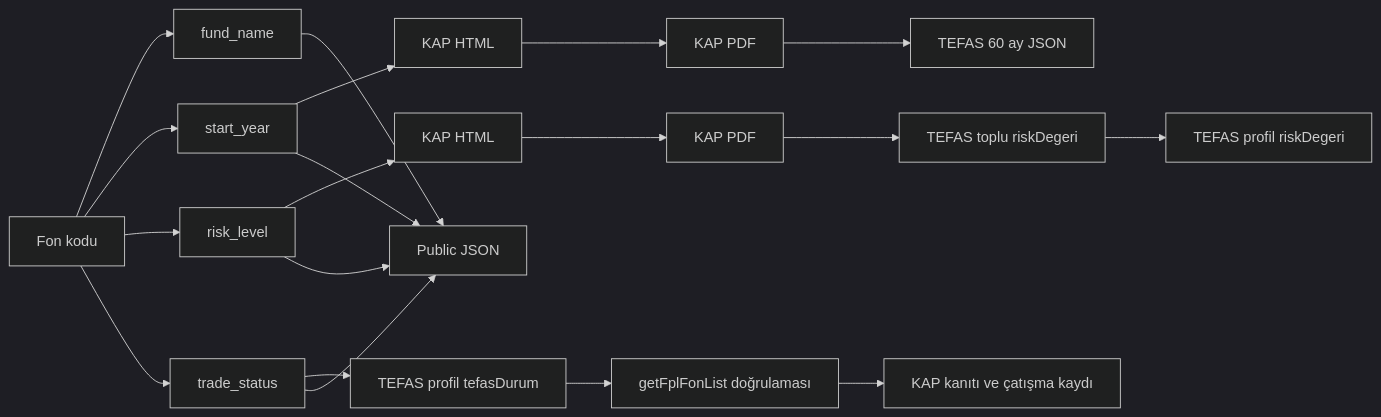
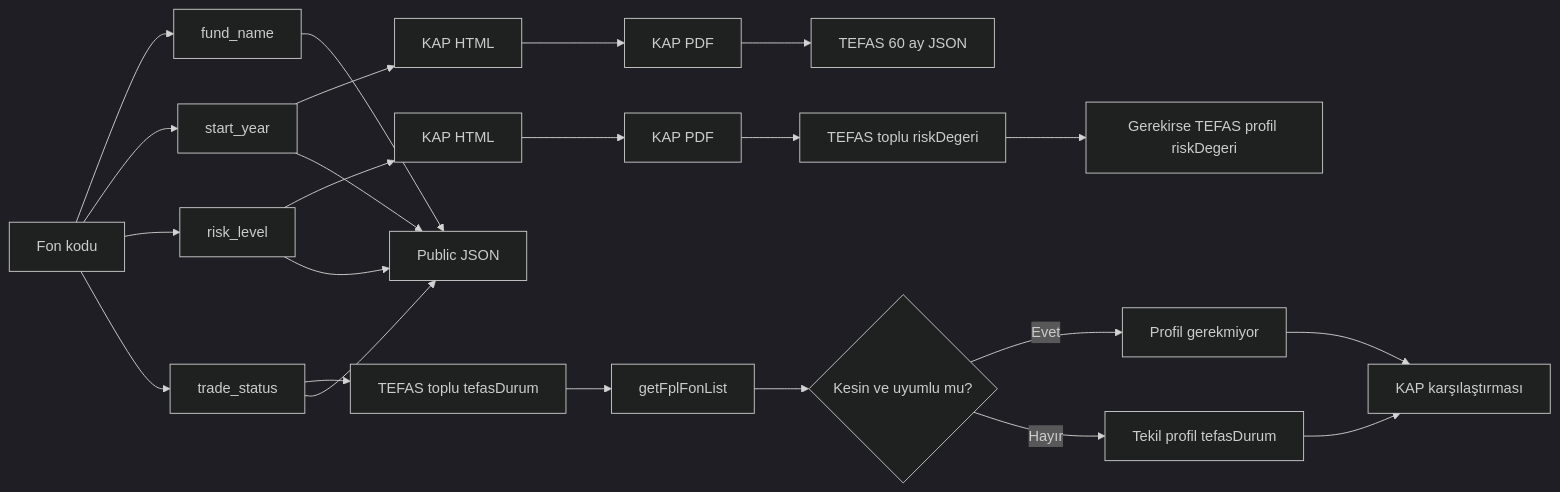
One commit to egemenkarabulut/PiyasaNabzi-KAP-YAT changed the second of 18 diagrams in README.md. Above: the diagram before and after it, drawn with Mermaid (dark theme). The commit also changed other lines of this file and 3 other files, not shown here.

````diff
--- a/README.md
+++ b/README.md
@@ -91,25 +93,29 @@
 ```mermaid
 flowchart LR
     A["Fon kodu"] --> B["fund_name"]
     A --> C["start_year"]
     A --> D["risk_level"]
     A --> E["trade_status"]
 
     C --> C1["KAP HTML"]
     C1 --> C2["KAP PDF"]
     C2 --> C3["TEFAS 60 ay JSON"]
 
     D --> D1["KAP HTML"]
     D1 --> D2["KAP PDF"]
     D2 --> D3["TEFAS toplu riskDegeri"]
-    D3 --> D4["TEFAS profil riskDegeri"]
+    D3 --> D4["Gerekirse TEFAS profil riskDegeri"]
 
-    E --> E1["TEFAS profil tefasDurum"]
-    E1 --> E2["getFplFonList doğrulaması"]
-    E2 --> E3["KAP kanıtı ve çatışma kaydı"]
+    E --> E1["TEFAS toplu tefasDurum"]
+    E1 --> E2["getFplFonList"]
+    E2 --> E3{"Kesin ve uyumlu mu?"}
+    E3 -- "Evet" --> E4["Profil gerekmiyor"]
+    E3 -- "Hayır" --> E5["Tekil profil tefasDurum"]
+    E4 --> E6["KAP karşılaştırması"]
+    E5 --> E6
 
     B --> F["Public JSON"]
     C --> F
     D --> F
     E --> F
 ```
````
